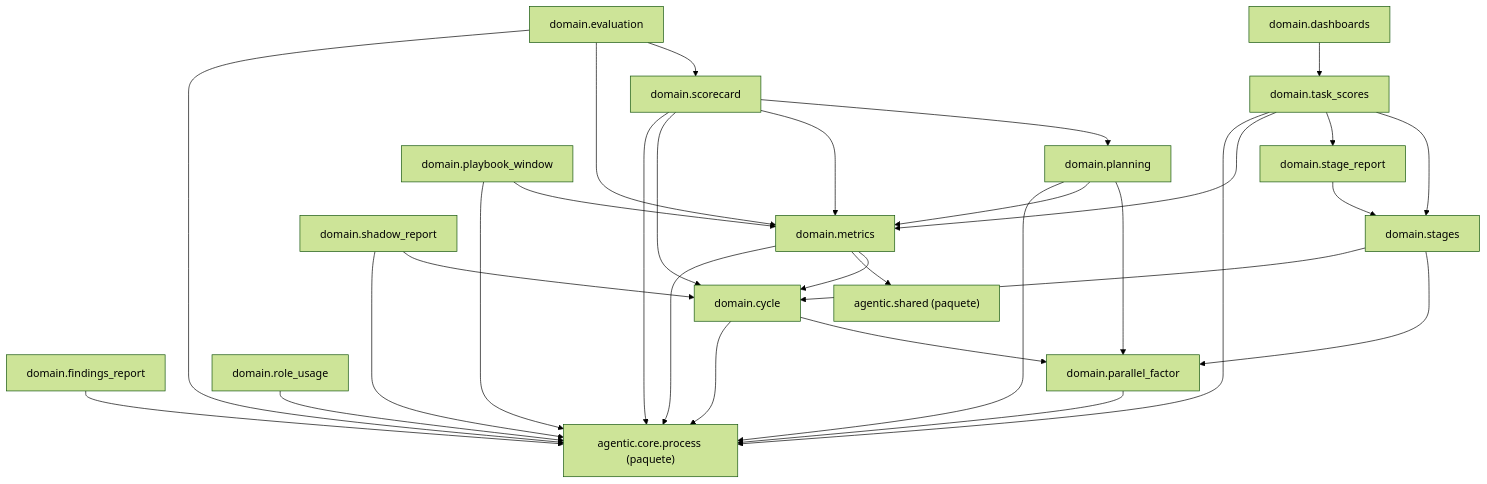
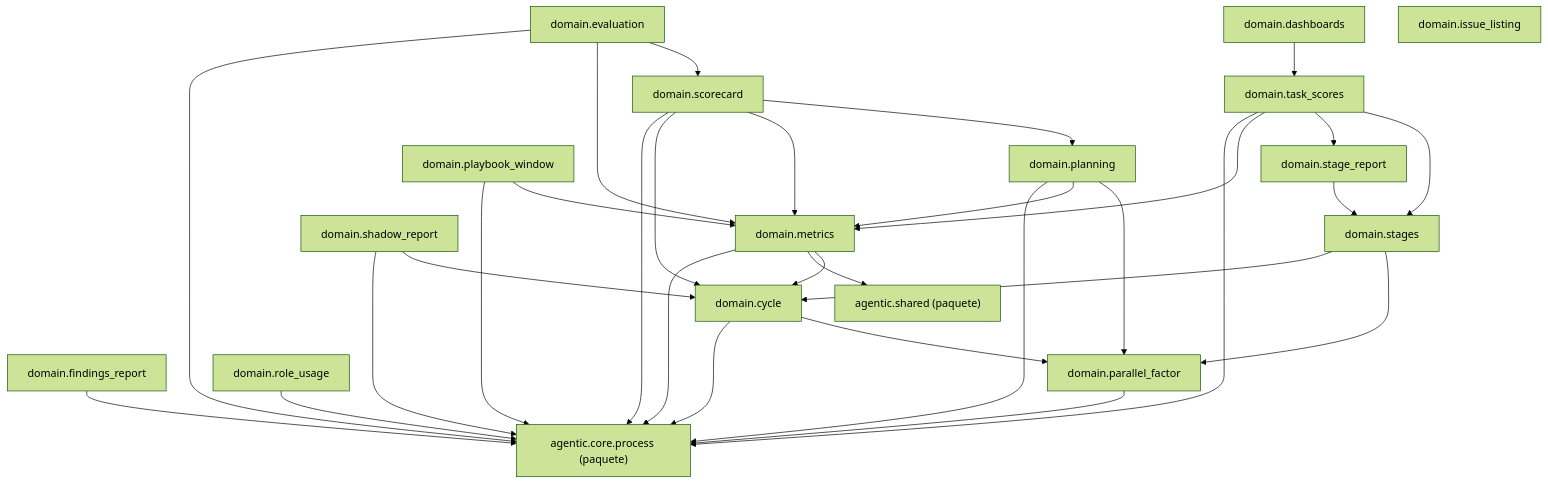
The diagram in docs/architecture/generated/packages-measurement-domain.md (GonzaloZevallos/agentic-system), drawn with Mermaid (forest theme) before and after one commit. The commit also changed 12 other files, not shown here.

Commit message:
Keep times_for out of the measurement domain page, which is at its edge budget, and commit the regenerated architecture pages

````diff
--- a/docs/architecture/generated/packages-measurement-domain.md
+++ b/docs/architecture/generated/packages-measurement-domain.md
@@ -8,49 +8,50 @@
 ```mermaid
 graph TD
     g_pkg__agentic__core__process["agentic.core.process (paquete)"]
     g_pkg__agentic__shared["agentic.shared (paquete)"]
     m_domain__cycle["domain.cycle"]
     m_domain__dashboards["domain.dashboards"]
     m_domain__evaluation["domain.evaluation"]
     m_domain__findings_report["domain.findings_report"]
+    m_domain__issue_listing["domain.issue_listing"]
     m_domain__metrics["domain.metrics"]
     m_domain__parallel_factor["domain.parallel_factor"]
     m_domain__planning["domain.planning"]
     m_domain__playbook_window["domain.playbook_window"]
     m_domain__role_usage["domain.role_usage"]
     m_domain__scorecard["domain.scorecard"]
     m_domain__shadow_report["domain.shadow_report"]
     m_domain__stage_report["domain.stage_report"]
     m_domain__stages["domain.stages"]
     m_domain__task_scores["domain.task_scores"]
     m_domain__cycle --> g_pkg__agentic__core__process
     m_domain__cycle --> m_domain__parallel_factor
     m_domain__dashboards --> m_domain__task_scores
     m_domain__evaluation --> g_pkg__agentic__core__process
     m_domain__evaluation --> m_domain__metrics
     m_domain__evaluation --> m_domain__scorecard
     m_domain__findings_report --> g_pkg__agentic__core__process
     m_domain__metrics --> g_pkg__agentic__core__process
     m_domain__metrics --> g_pkg__agentic__shared
     m_domain__metrics --> m_domain__cycle
     m_domain__parallel_factor --> g_pkg__agentic__core__process
     m_domain__planning --> g_pkg__agentic__core__process
     m_domain__planning --> m_domain__metrics
     m_domain__planning --> m_domain__parallel_factor
     m_domain__playbook_window --> g_pkg__agentic__core__process
     m_domain__playbook_window --> m_domain__metrics
     m_domain__role_usage --> g_pkg__agentic__core__process
     m_domain__scorecard --> g_pkg__agentic__core__process
     m_domain__scorecard --> m_domain__cycle
     m_domain__scorecard --> m_domain__metrics
     m_domain__scorecard --> m_domain__planning
     m_domain__shadow_report --> g_pkg__agentic__core__process
     m_domain__shadow_report --> m_domain__cycle
     m_domain__stage_report --> m_domain__stages
     m_domain__stages --> m_domain__cycle
     m_domain__stages --> m_domain__parallel_factor
     m_domain__task_scores --> g_pkg__agentic__core__process
     m_domain__task_scores --> m_domain__metrics
     m_domain__task_scores --> m_domain__stage_report
     m_domain__task_scores --> m_domain__stages
 ```
````
